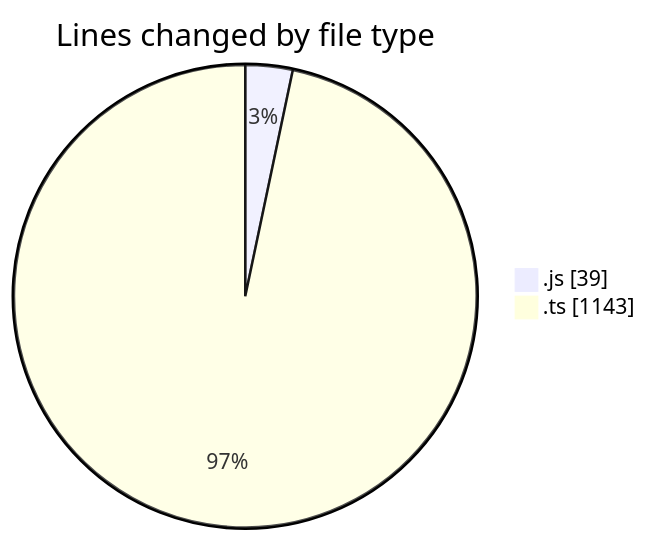
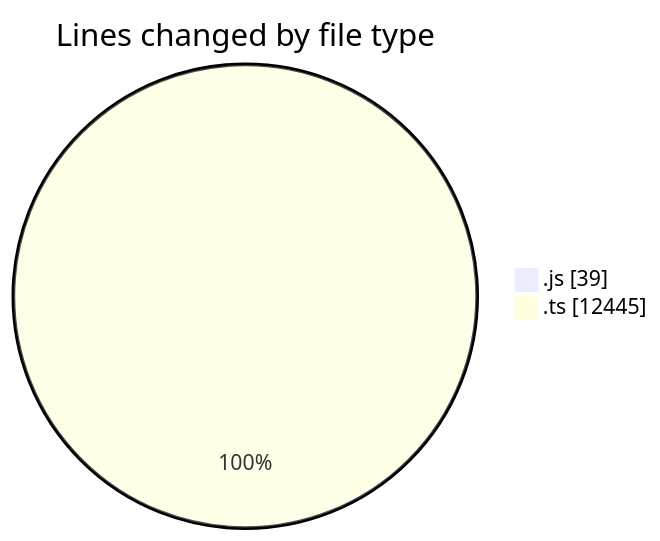
Before and after one commit to momahboobian/code-tracking: the first of 2 diagrams in 2025-06-19/cda/README.md, drawn with Mermaid. The commit also changed other lines of this file and 1 other file, not shown here.

````diff
--- a/2025-06-19/cda/README.md
+++ b/2025-06-19/cda/README.md
@@ -23,6 +24,6 @@
 ```mermaid
 pie showData
 title Lines changed by file type
 ".js" : 39
-".ts" : 1143
+".ts" : 12445
 ```
````
